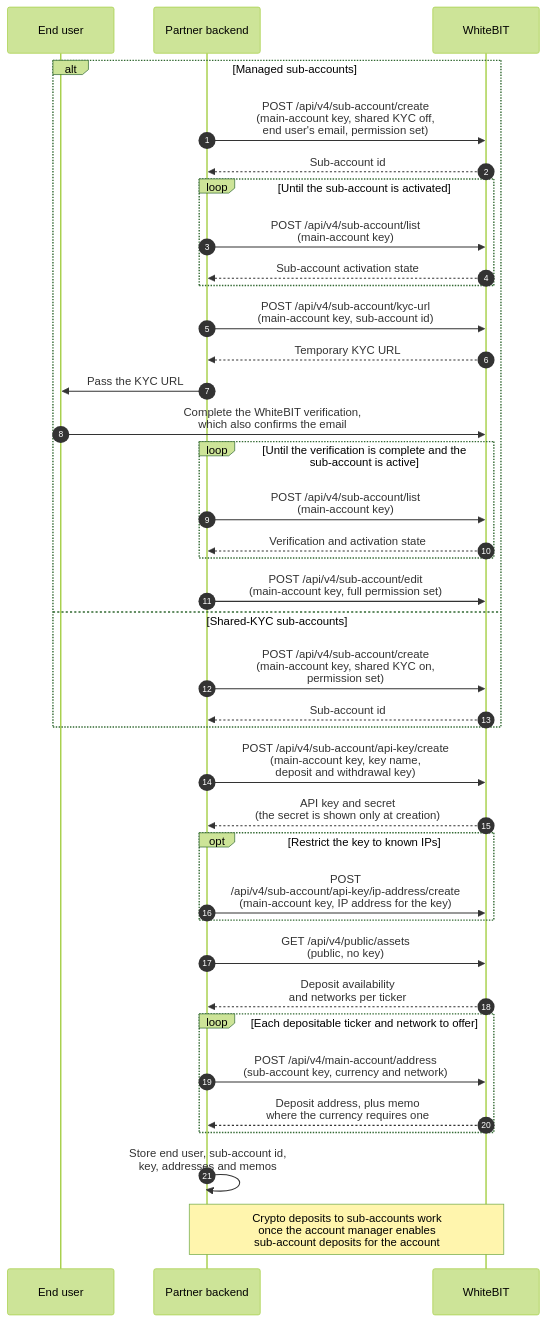
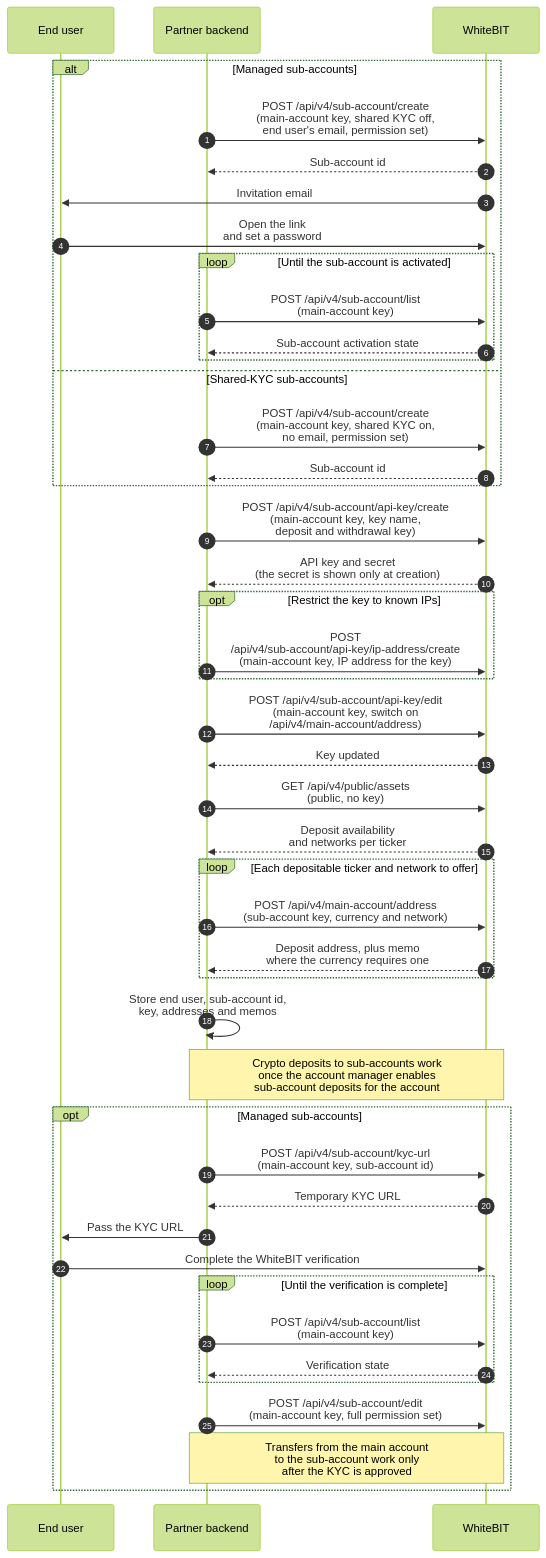
The first of 5 diagrams in guides/waas-integration.mdx (whitebit-exchange/docs), drawn with Mermaid (forest theme) before and after one commit. The commit also changed other lines of this file and 10 other files, not shown here.

First line of the commit message:
docs(guide): document sub-account activation

````diff
--- a/guides/waas-integration.mdx
+++ b/guides/waas-integration.mdx
@@ -78,41 +80,48 @@
 ```mermaid
 sequenceDiagram
     autonumber
     participant U as End user
     participant P as Partner backend
     participant W as WhiteBIT
 
     alt Managed sub-accounts
         P->>W: POST /api/v4/sub-account/create<br/>(main-account key, shared KYC off,<br/>end user's email, permission set)
         W-->>P: Sub-account id
+        W->>U: Invitation email
+        U->>W: Open the link<br/>and set a password
         loop Until the sub-account is activated
             P->>W: POST /api/v4/sub-account/list<br/>(main-account key)
             W-->>P: Sub-account activation state
         end
-        P->>W: POST /api/v4/sub-account/kyc-url<br/>(main-account key, sub-account id)
-        W-->>P: Temporary KYC URL
-        P->>U: Pass the KYC URL
-        U->>W: Complete the WhiteBIT verification,<br/>which also confirms the email
-        loop Until the verification is complete and the sub-account is active
-            P->>W: POST /api/v4/sub-account/list<br/>(main-account key)
-            W-->>P: Verification and activation state
-        end
-        P->>W: POST /api/v4/sub-account/edit<br/>(main-account key, full permission set)
     else Shared-KYC sub-accounts
-        P->>W: POST /api/v4/sub-account/create<br/>(main-account key, shared KYC on,<br/>permission set)
+        P->>W: POST /api/v4/sub-account/create<br/>(main-account key, shared KYC on,<br/>no email, permission set)
         W-->>P: Sub-account id
     end
     P->>W: POST /api/v4/sub-account/api-key/create<br/>(main-account key, key name,<br/>deposit and withdrawal key)
     W-->>P: API key and secret<br/>(the secret is shown only at creation)
     opt Restrict the key to known IPs
         P->>W: POST<br/>/api/v4/sub-account/api-key/ip-address/create<br/>(main-account key, IP address for the key)
     end
+    P->>W: POST /api/v4/sub-account/api-key/edit<br/>(main-account key, switch on<br/>/api/v4/main-account/address)
+    W-->>P: Key updated
     P->>W: GET /api/v4/public/assets<br/>(public, no key)
     W-->>P: Deposit availability<br/>and networks per ticker
     loop Each depositable ticker and network to offer
         P->>W: POST /api/v4/main-account/address<br/>(sub-account key, currency and network)
         W-->>P: Deposit address, plus memo<br/>where the currency requires one
     end
     P->>P: Store end user, sub-account id,<br/>key, addresses and memos
     Note over P,W: Crypto deposits to sub-accounts work<br/>once the account manager enables<br/>sub-account deposits for the account
+    opt Managed sub-accounts
+        P->>W: POST /api/v4/sub-account/kyc-url<br/>(main-account key, sub-account id)
+        W-->>P: Temporary KYC URL
+        P->>U: Pass the KYC URL
+        U->>W: Complete the WhiteBIT verification
+        loop Until the verification is complete
+            P->>W: POST /api/v4/sub-account/list<br/>(main-account key)
+            W-->>P: Verification state
+        end
+        P->>W: POST /api/v4/sub-account/edit<br/>(main-account key, full permission set)
+        Note over P,W: Transfers from the main account<br/>to the sub-account work only<br/>after the KYC is approved
+    end
 ```
````
